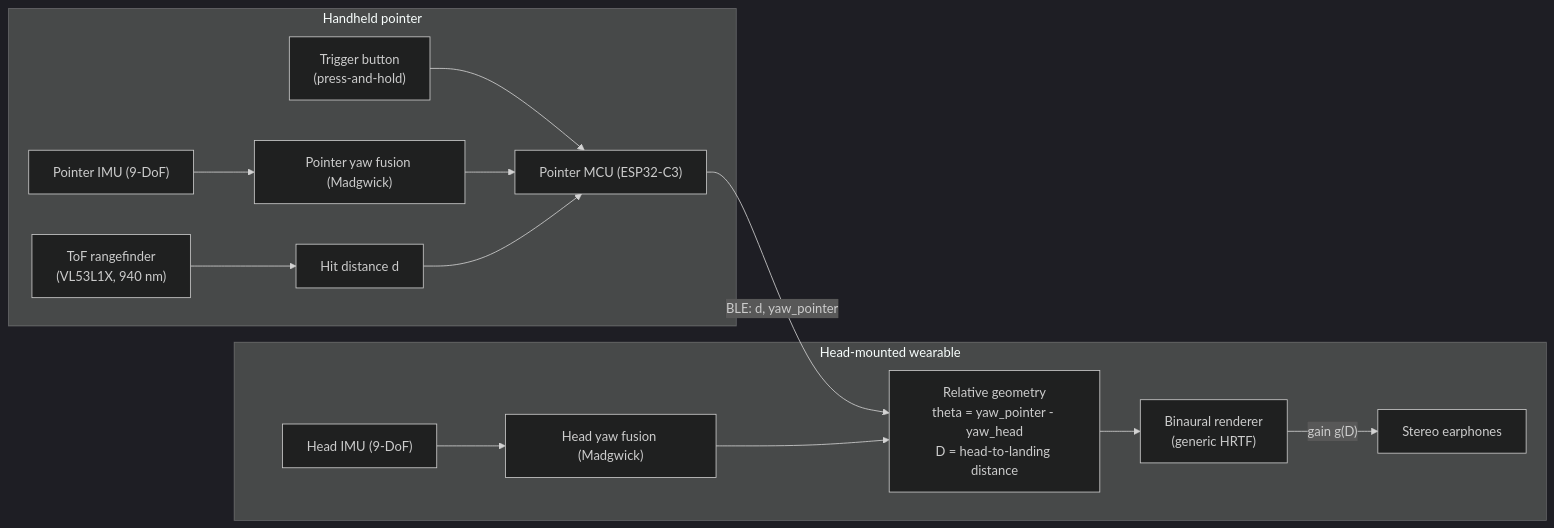
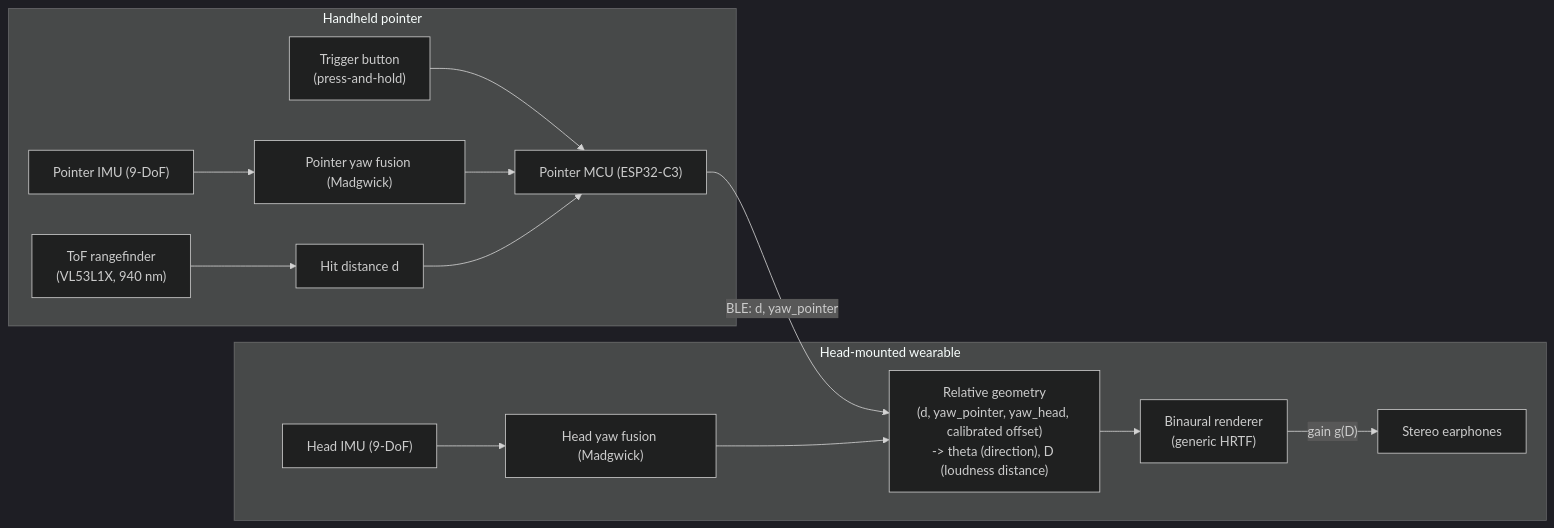
The diagram in README.md (pewpil/auris), drawn with Mermaid (dark theme) before and after one commit. The commit also changed other lines of this file, not shown here.

Commit message:
two imus distance question response

````diff
--- a/README.md
+++ b/README.md
@@ -84,17 +84,17 @@
 ```mermaid
 flowchart LR
     subgraph pointer["Handheld pointer"]
         pimu["Pointer IMU (9-DoF)"] --> pfus["Pointer yaw fusion (Madgwick)"]
         tof["ToF rangefinder<br/>(VL53L1X, 940 nm)"] --> dist["Hit distance d"]
         btn["Trigger button<br/>(press-and-hold)"] --> mcu1["Pointer MCU (ESP32-C3)"]
         pfus --> mcu1
         dist --> mcu1
     end
     subgraph wearable["Head-mounted wearable"]
         himu["Head IMU (9-DoF)"] --> hfus["Head yaw fusion (Madgwick)"]
-        mcu1 -- "BLE: d, yaw_pointer" --> geo["Relative geometry<br/>theta = yaw_pointer - yaw_head<br/>D = head-to-landing distance"]
+        mcu1 -- "BLE: d, yaw_pointer" --> geo["Relative geometry<br/>(d, yaw_pointer, yaw_head, calibrated offset)<br/>-> theta (direction), D (loudness distance)"]
         hfus --> geo
         geo --> ren["Binaural renderer<br/>(generic HRTF)"]
         ren -- "gain g(D)" --> spk["Stereo earphones"]
     end
 ```
````
